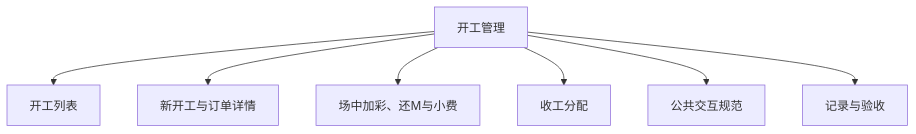
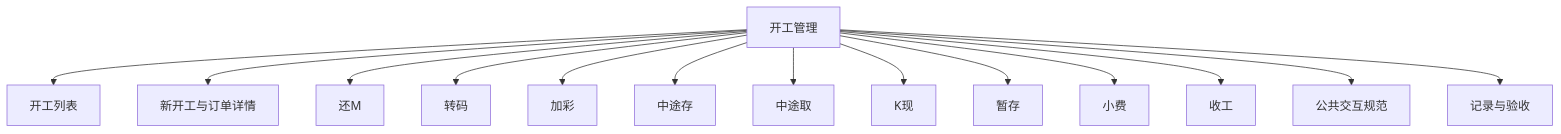
Diagram 12 of 12 in docs/菜单PRD_20261109/PRD_开工管理_20261109.md (bala-luoluo/cashier-prototype), drawn with Mermaid before and after one commit. The commit also changed other lines of this file and 5 other files, not shown here.

````diff
--- a/docs/菜单PRD_20261109/PRD_开工管理_20261109.md
+++ b/docs/菜单PRD_20261109/PRD_开工管理_20261109.md
@@ -160,10 +360,17 @@
 ```mermaid
 flowchart TD
   M[开工管理]
   M --> P1[开工列表]
   M --> P2[新开工与订单详情]
-  M --> P3[场中加彩、还M与小费]
-  M --> P4[收工分配]
+  M --> P3[还M]
+  M --> P4[转码]
+  M --> P5[加彩]
+  M --> P6[中途存]
+  M --> P7[中途取]
+  M --> P8[K现]
+  M --> P9[暂存]
+  M --> P10[小费]
+  M --> P11[收工]
   M --> U[公共交互规范]
   M --> R[记录与验收]
 ```
````
